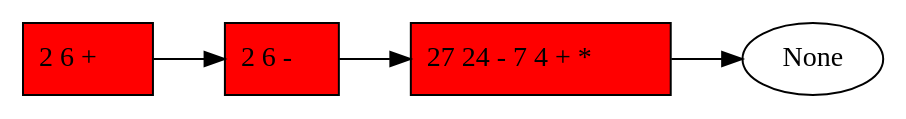
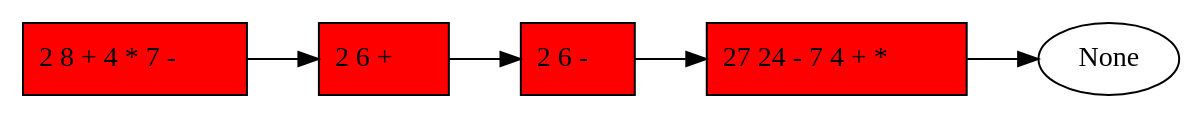
Before and after one commit to leonelyutu/PracticaJunio2017_200819281: the diagram in src/texto_cola.dot, drawn with Graphviz. The commit also changed 10 other files, not shown here.

Commit message:
Add implementation and graphviz open

```diff
--- a/src/texto_cola.dot
+++ b/src/texto_cola.dot
@@ -1,7 +1,8 @@
 digraph g{
 rankdir=LR
-<cola.Nodo_Cola instance at 0x10c51b1b8>[label =  < 2 6 + >, shape =box, style=filled, fillcolor=red] 
-<cola.Nodo_Cola instance at 0x10c51b050>[label =  < 2 6 - >, shape =box, style=filled, fillcolor=red] 
-<cola.Nodo_Cola instance at 0x10c51b098>[label =  < 27 24 - 7 4 + * >, shape =box, style=filled, fillcolor=red] 
-<cola.Nodo_Cola instance at 0x10c51b1b8>-><cola.Nodo_Cola instance at 0x10c51b050><cola.Nodo_Cola instance at 0x10c51b050>-><cola.Nodo_Cola instance at 0x10c51b098><cola.Nodo_Cola instance at 0x10c51b098>->None
+<cola.Nodo_Cola instance at 0x10a5c5c20>[label =  < 2 8 + 4 * 7 - >, shape =box, style=filled, fillcolor=red] 
+<cola.Nodo_Cola instance at 0x10a5ea7e8>[label =  < 2 6 + >, shape =box, style=filled, fillcolor=red] 
+<cola.Nodo_Cola instance at 0x10a5ea758>[label =  < 2 6 - >, shape =box, style=filled, fillcolor=red] 
+<cola.Nodo_Cola instance at 0x10a5f6098>[label =  < 27 24 - 7 4 + * >, shape =box, style=filled, fillcolor=red] 
+<cola.Nodo_Cola instance at 0x10a5c5c20>-><cola.Nodo_Cola instance at 0x10a5ea7e8><cola.Nodo_Cola instance at 0x10a5ea7e8>-><cola.Nodo_Cola instance at 0x10a5ea758><cola.Nodo_Cola instance at 0x10a5ea758>-><cola.Nodo_Cola instance at 0x10a5f6098><cola.Nodo_Cola instance at 0x10a5f6098>->None
 }
```
